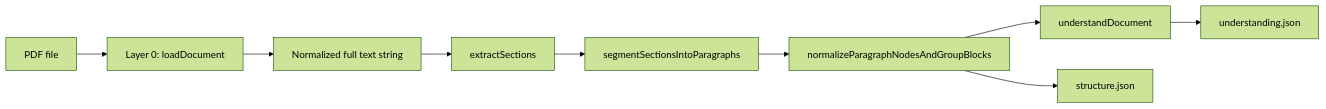
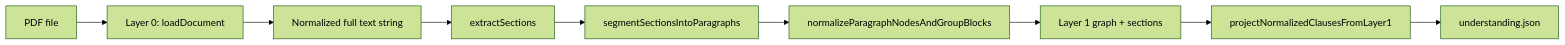
One commit to abhinavs-27/irving-test changed the diagram in README.md. Above: the diagram before and after it, drawn with Mermaid (forest theme). The commit also changed other lines of this file and 96 other files, not shown here.

Commit message:
layer 2 -> understanding connected to layer 1

````diff
--- a/README.md
+++ b/README.md
@@ -74,11 +74,11 @@
 ```mermaid
 flowchart LR
   PDF[PDF file] --> L0[Layer 0: loadDocument]
   L0 --> T[Normalized full text string]
   T --> SEC[extractSections]
   SEC --> PARA[segmentSectionsIntoParagraphs]
   PARA --> ENRICH[normalizeParagraphNodesAndGroupBlocks]
-  ENRICH --> UND[understandDocument]
-  UND --> JSON[understanding.json]
-  ENRICH --> TREE[structure.json]
+  ENRICH --> L1G[Layer 1 graph + sections]
+  L1G --> L2[projectNormalizedClausesFromLayer1]
+  L2 --> JSON[understanding.json]
 ```
````
